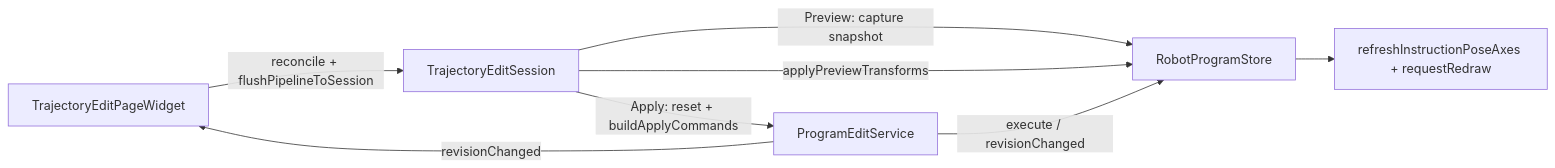
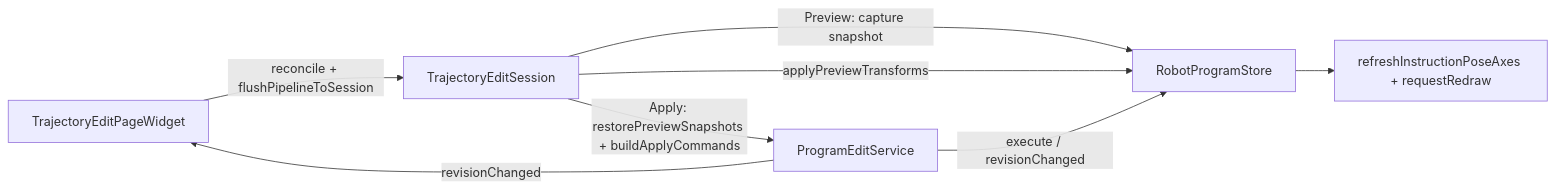
Before and after one commit to sanmunejdn/CloudSim: the diagram in src/UI/RobotWidget/DEVELOPER_GUIDE.md, drawn with Mermaid. The commit also changed other lines of this file and 26 other files, not shown here.

````diff
--- a/src/UI/RobotWidget/DEVELOPER_GUIDE.md
+++ b/src/UI/RobotWidget/DEVELOPER_GUIDE.md
@@ -278,16 +278,16 @@
 ```mermaid
 flowchart LR
   UI[TrajectoryEditPageWidget]
   Sess[TrajectoryEditSession]
   Store[RobotProgramStore]
   OSG[refreshInstructionPoseAxes + requestRedraw]
   Cmd[ProgramEditService]
 
   UI -->|reconcile + flushPipelineToSession| Sess
   Sess -->|Preview: capture snapshot| Store
   Sess -->|applyPreviewTransforms| Store
   Store --> OSG
-  Sess -->|Apply: reset + buildApplyCommands| Cmd
+  Sess -->|Apply: restorePreviewSnapshots + buildApplyCommands| Cmd
   Cmd -->|execute / revisionChanged| Store
   Cmd -->|revisionChanged| UI
 ```
````
